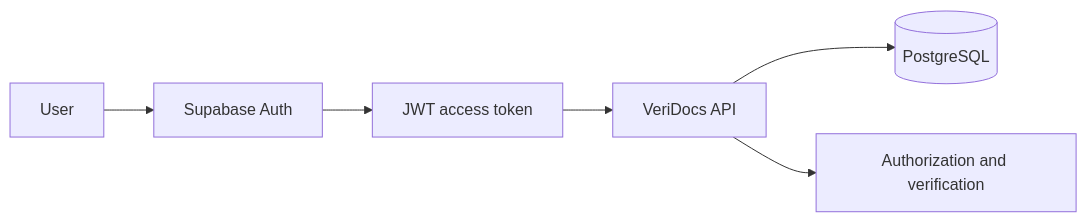
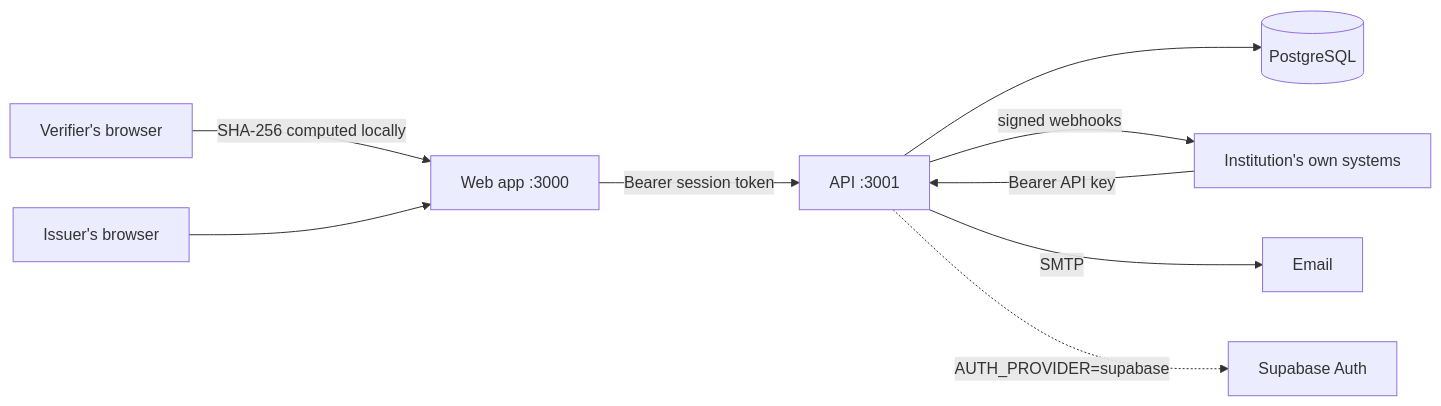
The first of 2 diagrams in docs/architecture.md (BlessingsBlessedChongo/veridocs), drawn with Mermaid before and after one commit. The commit also changed other lines of this file and 4 other files, not shown here.

Commit message:
Docs and CI: README, API reference, architecture, security model, GitHub Actions

````diff
--- a/docs/architecture.md
+++ b/docs/architecture.md
@@ -5,8 +5,11 @@
 ```mermaid
 flowchart LR
-  User --> Supabase[Supabase Auth]
-  Supabase --> JWT[JWT access token]
-  JWT --> API[VeriDocs API]
+  Verifier[Verifier's browser] -->|SHA-256 computed locally| Web[Web app :3000]
+  Issuer[Issuer's browser] --> Web
+  Web -->|Bearer session token| API[API :3001]
+  System[Institution's own systems] -->|Bearer API key| API
   API --> DB[(PostgreSQL)]
-  API --> Verify[Authorization and verification]
+  API -->|signed webhooks| System
+  API -->|SMTP| Mail[Email]
+  API -.->|AUTH_PROVIDER=supabase| Supabase[Supabase Auth]
 ```
````
